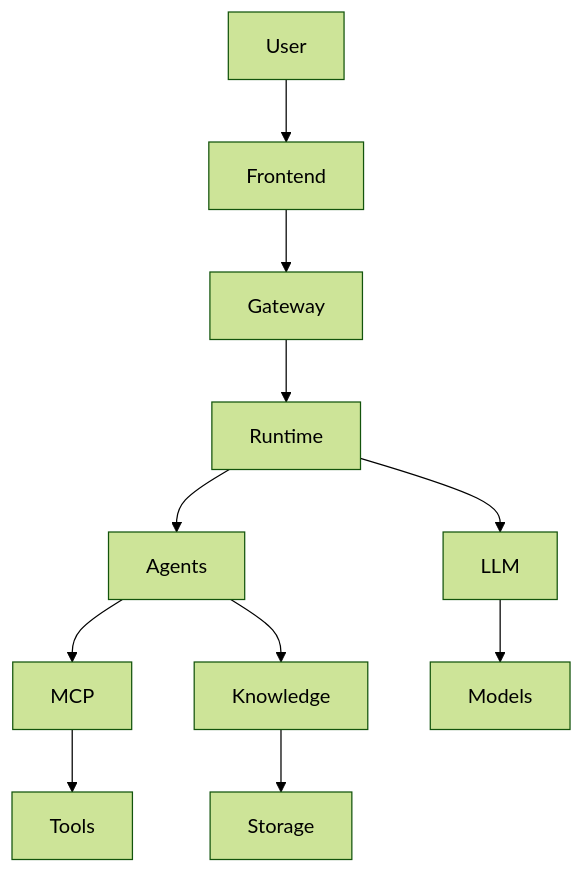
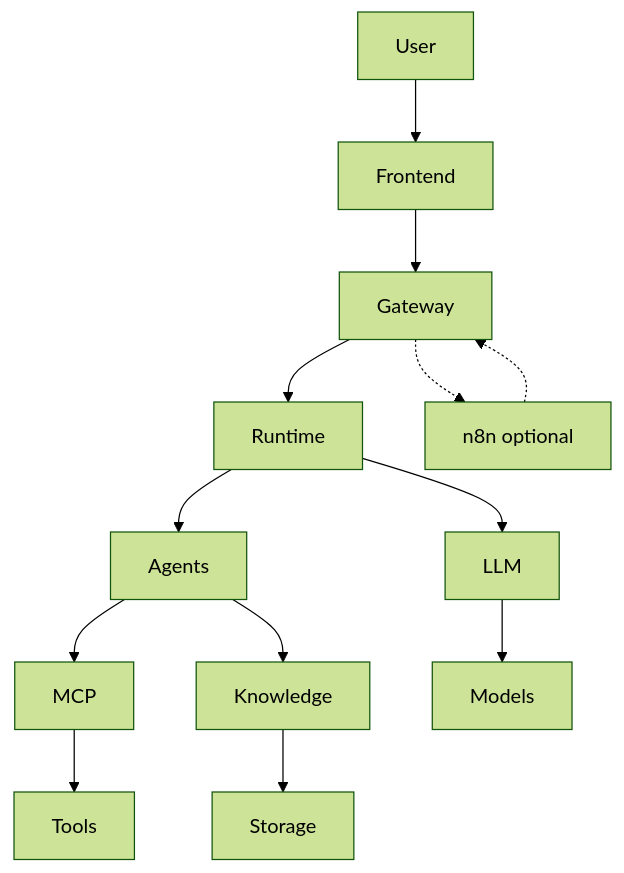
One commit to Roarpeng/ResearchOS changed the first of 2 diagrams in docs/01-Architecture.md. Above: the diagram before and after it, drawn with Mermaid (forest theme). The commit also changed other lines of this file and 79 other files, not shown here.

First line of the commit message:
docs: complete ResearchOS architecture documentation suite

````diff
--- a/docs/01-Architecture.md
+++ b/docs/01-Architecture.md
@@ -7,13 +7,15 @@
 ```mermaid
 flowchart TD
-User --> Frontend
-Frontend --> Gateway
-Gateway --> Runtime
-Runtime --> Agents
-Agents --> MCP
-MCP --> Tools
-Agents --> Knowledge
-Knowledge --> Storage
-Runtime --> LLM
-LLM --> Models
+  User --> Frontend
+  Frontend --> Gateway
+  Gateway --> Runtime
+  Runtime --> Agents
+  Agents --> MCP
+  MCP --> Tools
+  Agents --> Knowledge
+  Knowledge --> Storage
+  Runtime --> LLM
+  LLM --> Models
+  Gateway -.-> N8N[n8n optional]
+  N8N -.-> Gateway
 ```
````
